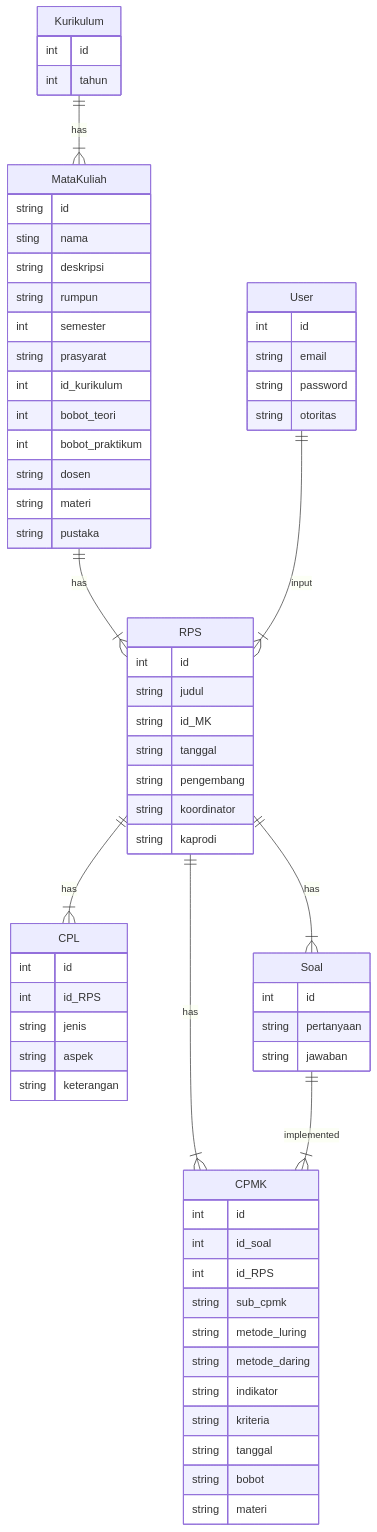
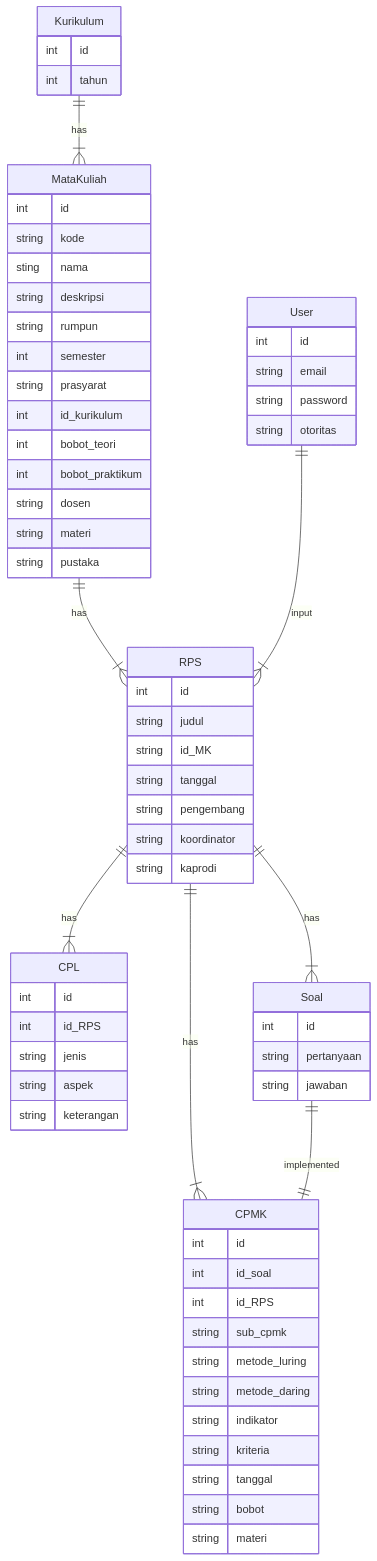
Before and after one commit to achieto/SMMP: the first of 2 diagrams in README.md, drawn with Mermaid.

````diff
--- a/README.md
+++ b/README.md
@@ -2,69 +2,70 @@
 ```mermaid
 erDiagram
           Kurikulum ||--|{ MataKuliah : has
           MataKuliah ||--|{ RPS : has
           RPS ||--|{ CPL : has
           RPS ||--|{ CPMK : has
           RPS ||--|{ Soal : has
-          Soal ||--|{ CPMK : implemented
+          Soal ||--|| CPMK : implemented
           User ||--|{ RPS : input 
 
           User {
             int id
             string email
             string password
             string otoritas 
           }
           Kurikulum {
             int id
             int tahun
           }
           MataKuliah {
-            string id
+            int id
+            string kode
             sting nama
             string deskripsi
             string rumpun
             int semester
             string prasyarat
             int id_kurikulum
             int bobot_teori
             int bobot_praktikum
             string dosen
             string materi
             string pustaka
           }
           RPS {
             int id
             string judul
             string id_MK
             string tanggal
             string pengembang
             string koordinator
             string kaprodi
           }
           CPL {
             int id
             int id_RPS
             string jenis
             string aspek
             string keterangan
           }
           CPMK {
             int id
             int id_soal
             int id_RPS
             string sub_cpmk
             string metode_luring
             string metode_daring
             string indikator
             string kriteria
             string tanggal
             string bobot
             string materi
           }
           Soal {
             int id
             string pertanyaan
             string jawaban
           }
 ```
````
